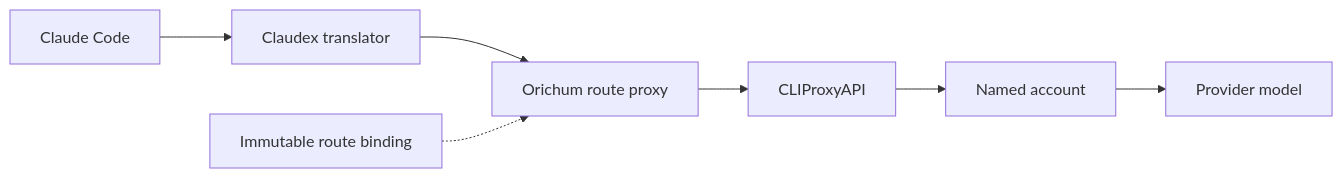
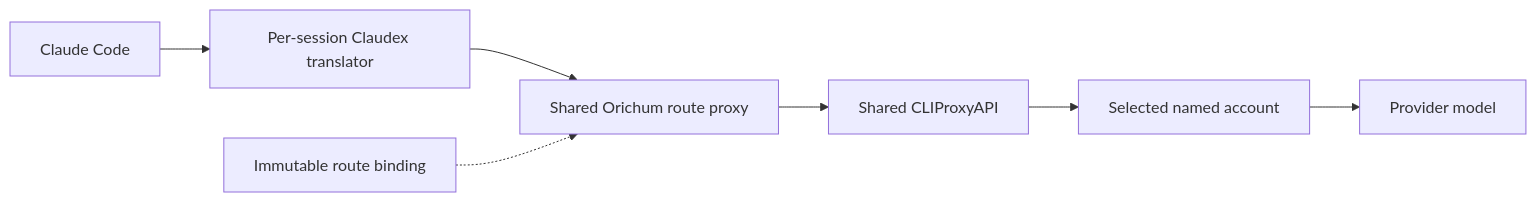
Before and after one commit to orichum/claudex-workflow: the third of 3 diagrams in docs/architecture.md, drawn with Mermaid. The commit also changed other lines of this file and 55 other files, not shown here.

````diff
--- a/docs/architecture.md
+++ b/docs/architecture.md
@@ -58,9 +68,9 @@
 ```mermaid
 flowchart LR
-    CC["Claude Code"] --> X["Claudex translator"]
-    X --> R["Orichum route proxy"]
+    CC["Claude Code"] --> X["Per-session Claudex translator"]
+    X --> R["Shared Orichum route proxy"]
     B["Immutable route binding"] -.-> R
-    R --> P["CLIProxyAPI"]
-    P --> A["Named account"]
+    R --> P["Shared CLIProxyAPI"]
+    P --> A["Selected named account"]
     A --> M["Provider model"]
 ```
````
